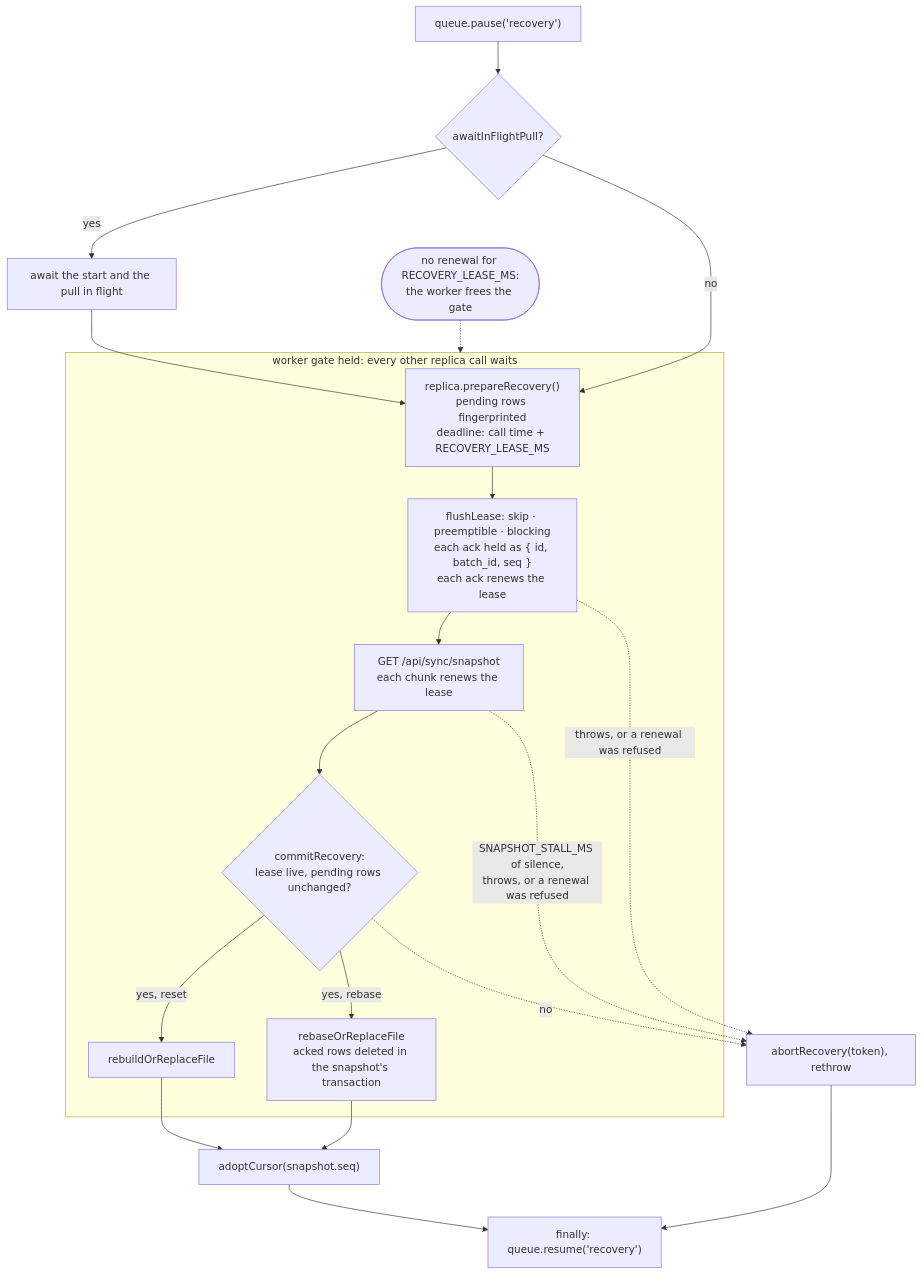
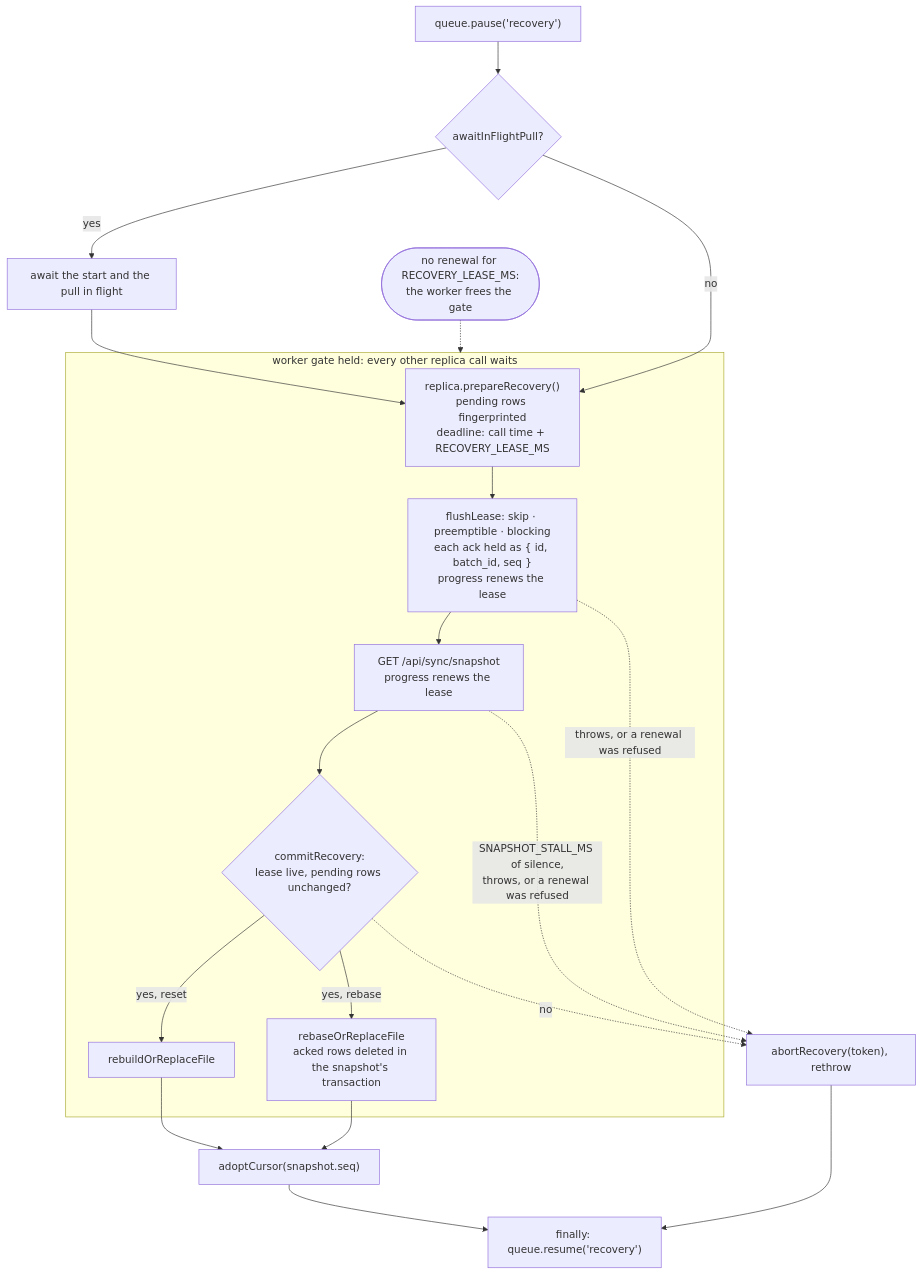
One commit to ArthurClune/pkm-system changed the second of 2 diagrams in docs/architecture/sync-recovery.md. Above: the diagram before and after it, drawn with Mermaid. The commit also changed other lines of this file, not shown here.

First line of the commit message:
Trim sync-recovery.md § The recovery lease to what the code cannot say (pkm-3iwm)

````diff
--- a/docs/architecture/sync-recovery.md
+++ b/docs/architecture/sync-recovery.md
@@ -329,22 +329,22 @@
 ```mermaid
 flowchart TD
     P["queue.pause('recovery')"] --> AW{"awaitInFlightPull?"}
     AW -->|yes| WP["await the start and the pull in flight"] --> L
     AW -->|no| L
     subgraph G["worker gate held: every other replica call waits"]
         L["replica.prepareRecovery()<br/>pending rows fingerprinted<br/>deadline: call time + RECOVERY_LEASE_MS"]
-        L --> F["flushLease: skip · preemptible · blocking<br/>each ack held as { id, batch_id, seq }<br/>each ack renews the lease"]
-        F --> S["GET /api/sync/snapshot<br/>each chunk renews the lease"]
+        L --> F["flushLease: skip · preemptible · blocking<br/>each ack held as { id, batch_id, seq }<br/>progress renews the lease"]
+        F --> S["GET /api/sync/snapshot<br/>progress renews the lease"]
         S --> C{"commitRecovery:<br/>lease live, pending rows unchanged?"}
         C -->|"yes, reset"| RB["rebuildOrReplaceFile"]
         C -->|"yes, rebase"| RS["rebaseOrReplaceFile<br/>acked rows deleted in the snapshot's transaction"]
     end
     X(["no renewal for RECOVERY_LEASE_MS:<br/>the worker frees the gate"]) -.-> G
     RB --> OK["adoptCursor(snapshot.seq)"]
     RS --> OK
     C -.->|no| AB["abortRecovery(token), rethrow"]
     F -.->|"throws, or a renewal was refused"| AB
     S -.->|"SNAPSHOT_STALL_MS of silence,<br/>throws, or a renewal was refused"| AB
     OK --> R["finally: queue.resume('recovery')"]
     AB --> R
 ```
````
